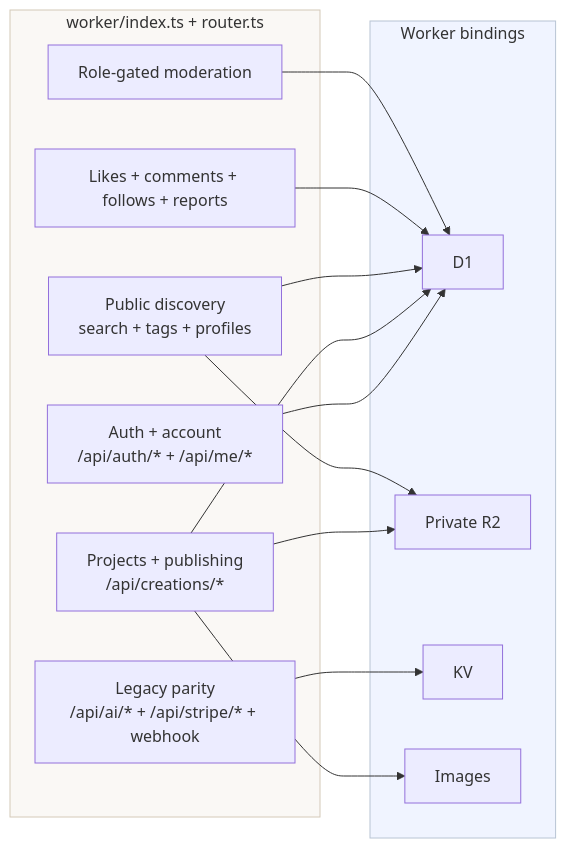
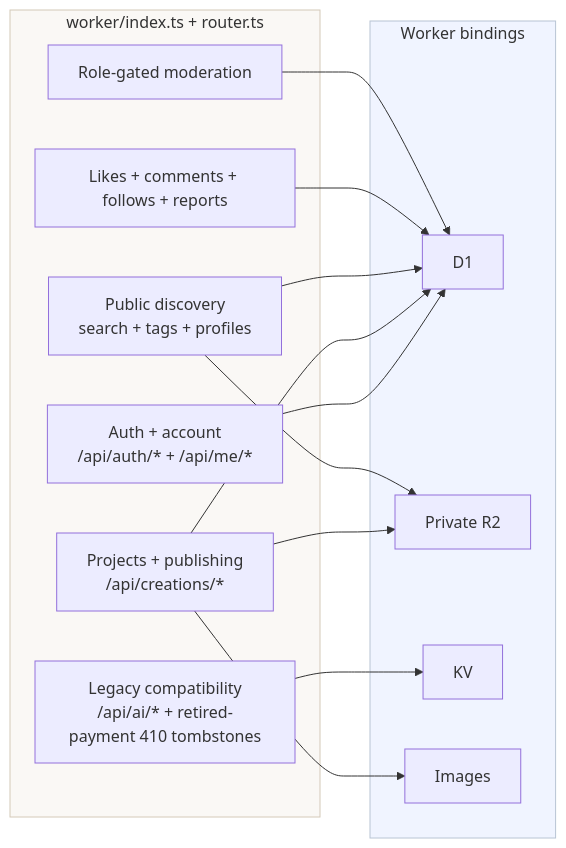
The tenth of 12 diagrams in living-the-grid-studio/docs/architecture.md (RazonIn4K/Mii-pixelart), drawn with Mermaid before and after one commit. The commit also changed other lines of this file and 66 other files, not shown here.

````diff
--- a/living-the-grid-studio/docs/architecture.md
+++ b/living-the-grid-studio/docs/architecture.md
@@ -484,26 +485,26 @@
 ```mermaid
 graph LR
     subgraph Runtime["worker/index.ts + router.ts"]
-        Legacy["Legacy parity<br/>/api/ai/* + /api/stripe/* + webhook"]
+        Legacy["Legacy compatibility<br/>/api/ai/* + retired-payment 410 tombstones"]
         Auth["Auth + account<br/>/api/auth/* + /api/me/*"]
         Creations["Projects + publishing<br/>/api/creations/*"]
         Discovery["Public discovery<br/>search + tags + profiles"]
         Social["Likes + comments + follows + reports"]
         Moderation["Role-gated moderation"]
     end
 
     subgraph Bindings["Worker bindings"]
         DB["D1"]
         Objects["Private R2"]
         Cache["KV"]
         Images["Images"]
     end
 
     Legacy --> Cache
     Auth & Creations & Discovery & Social & Moderation --> DB
     Creations & Discovery --> Objects
     Creations --> Images
 
     style Runtime fill:#faf8f5,stroke:#d4c9b8
     style Bindings fill:#f0f4ff,stroke:#b8c4d4
 ```
````
